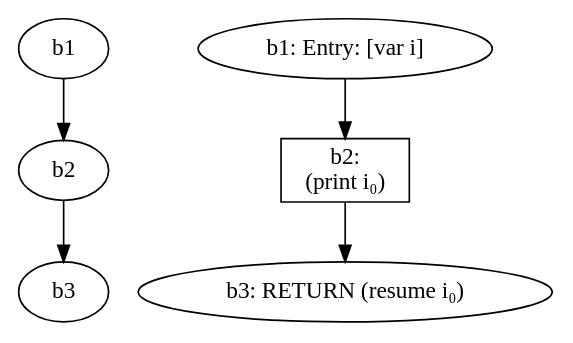
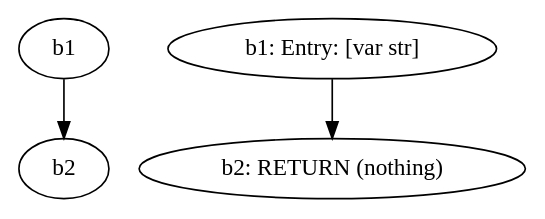
The diagram in out.dot (leorigon/TE-Infer-SSA), drawn with Graphviz before and after one commit. The commit also changed 6 other files, not shown here.

```diff
--- a/out.dot
+++ b/out.dot
@@ -1,12 +1,8 @@
 digraph g {
   d1 [label=b1];
-  b1 [label="b1: Entry: [var i]"];
+  b1 [label="b1: Entry: [var str]"];
   b1 -> b2;
   d2 [label=b2];
   d1 -> d2;
-  b2 [shape=box, label="b2:\n(print i₀)"];
-  b2 -> b3;
-  d3 [label=b3];
-  d2 -> d3;
-  b3 [label="b3: RETURN (resume i₀)"];
+  b2 [label="b2: RETURN (nothing)"];
 }
```
